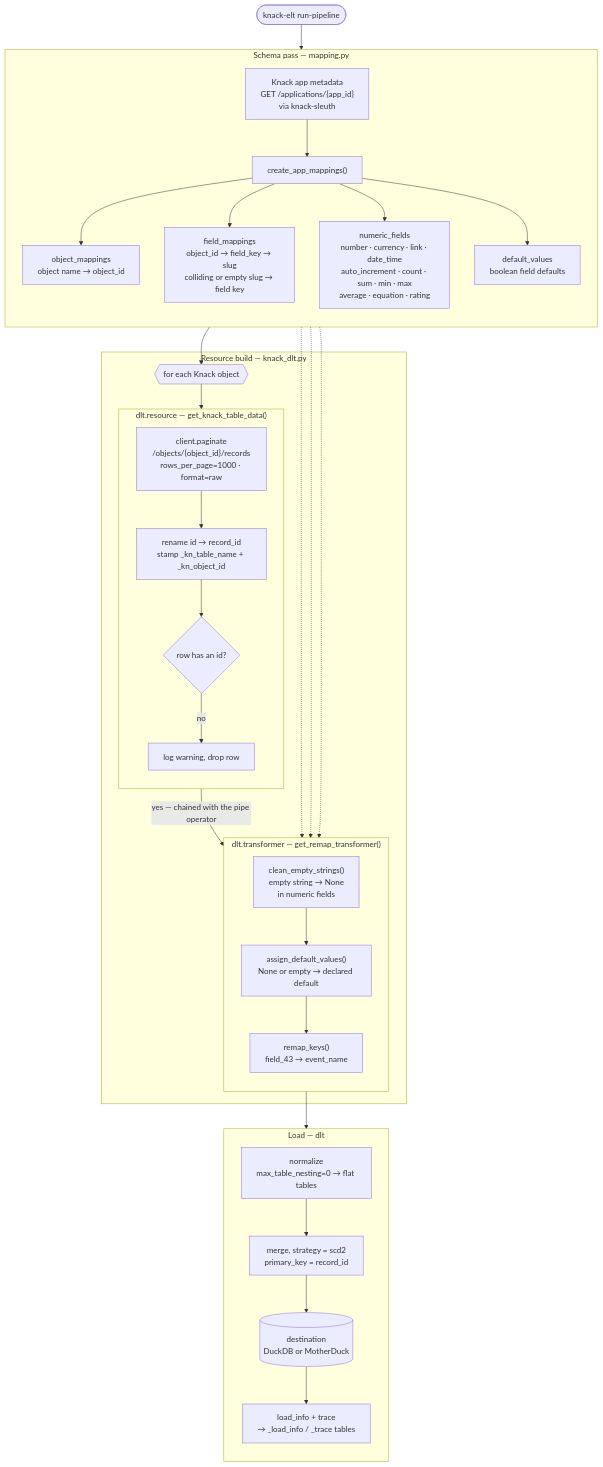
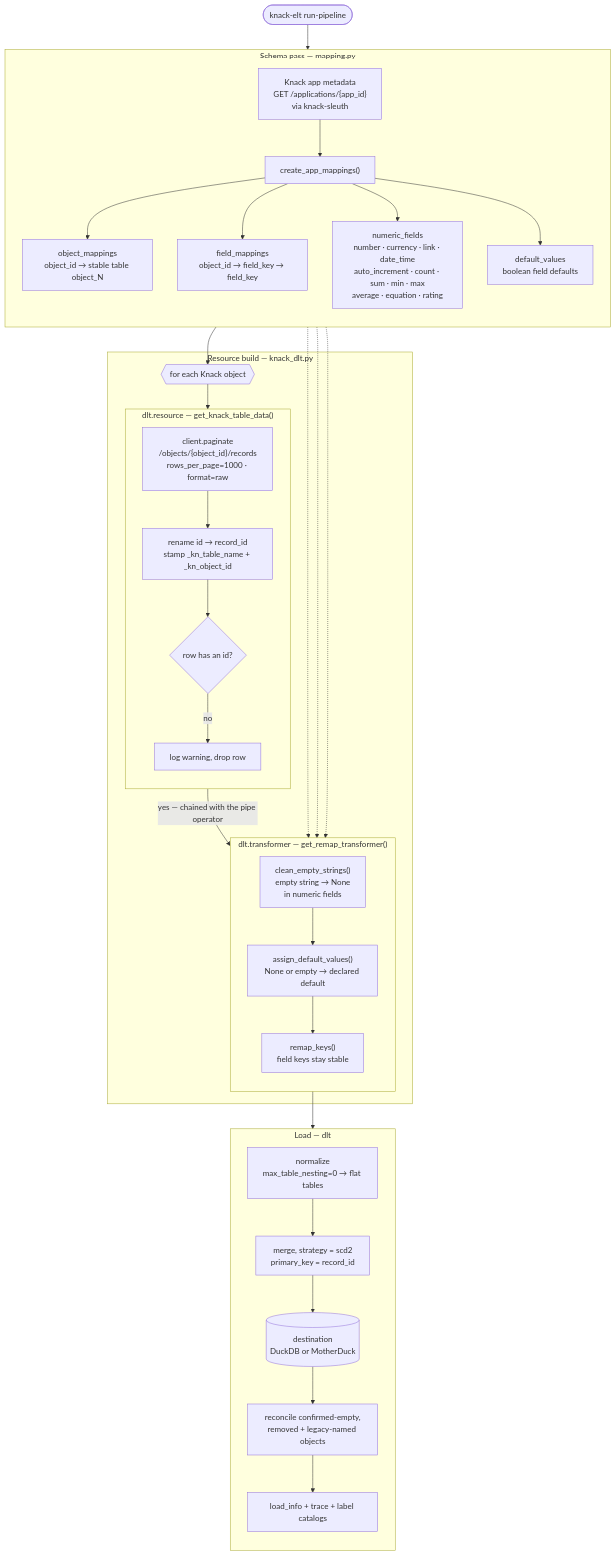
One commit to mcmasty/knack-elt changed the third of 5 diagrams in docs/ARCHITECTURE.md. Above: the diagram before and after it, drawn with Mermaid. The commit also changed other lines of this file and 9 other files, not shown here.

````diff
--- a/docs/ARCHITECTURE.md
+++ b/docs/ARCHITECTURE.md
@@ -169,57 +169,58 @@
 ```mermaid
 flowchart TB
     start(["knack-elt run-pipeline"]) --> meta
 
     subgraph mapping["Schema pass — mapping.py"]
         direction TB
         meta["Knack app metadata<br/>GET /applications/{app_id}<br/>via knack-sleuth"]
         cam["create_app_mappings()"]
         meta --> cam
-        cam --> om["object_mappings<br/>object name → object_id"]
-        cam --> fm["field_mappings<br/>object_id → field_key → slug<br/>colliding or empty slug → field key"]
+        cam --> om["object_mappings<br/>object_id → stable table object_N"]
+        cam --> fm["field_mappings<br/>object_id → field_key → field_key"]
         cam --> nf["numeric_fields<br/>number · currency · link · date_time<br/>auto_increment · count · sum · min · max<br/>average · equation · rating"]
         cam --> dv["default_values<br/>boolean field defaults"]
     end
 
     om --> loop
 
     subgraph build["Resource build — knack_dlt.py"]
         loop{{"for each Knack object"}}
 
         subgraph resource["dlt.resource — get_knack_table_data()"]
             direction TB
             pg["client.paginate<br/>/objects/{object_id}/records<br/>rows_per_page=1000 · format=raw"]
             stamp["rename id → record_id<br/>stamp _kn_table_name + _kn_object_id"]
             pk{"row has an id?"}
             skip["log warning, drop row"]
             pg --> stamp --> pk
             pk -->|no| skip
         end
 
         subgraph transformer["dlt.transformer — get_remap_transformer()"]
             direction TB
             ces["clean_empty_strings()<br/>empty string → None<br/>in numeric fields"]
             adv["assign_default_values()<br/>None or empty → declared default"]
-            rk["remap_keys()<br/>field_43 → event_name"]
+            rk["remap_keys()<br/>field keys stay stable"]
             ces --> adv --> rk
         end
 
         loop --> pg
         pk -->|"yes — chained with the pipe operator"| ces
     end
 
     nf -.-> ces
     dv -.-> adv
     fm -.-> rk
 
     rk --> norm
 
     subgraph load["Load — dlt"]
         direction TB
         norm["normalize<br/>max_table_nesting=0 → flat tables"]
         merge["merge, strategy = scd2<br/>primary_key = record_id"]
         dest[("destination<br/>DuckDB or MotherDuck")]
-        info["load_info + trace<br/>→ _load_info / _trace tables"]
-        norm --> merge --> dest --> info
+        rec["reconcile confirmed-empty,<br/>removed + legacy-named objects"]
+        info["load_info + trace + label catalogs"]
+        norm --> merge --> dest --> rec --> info
     end
 ```
````
